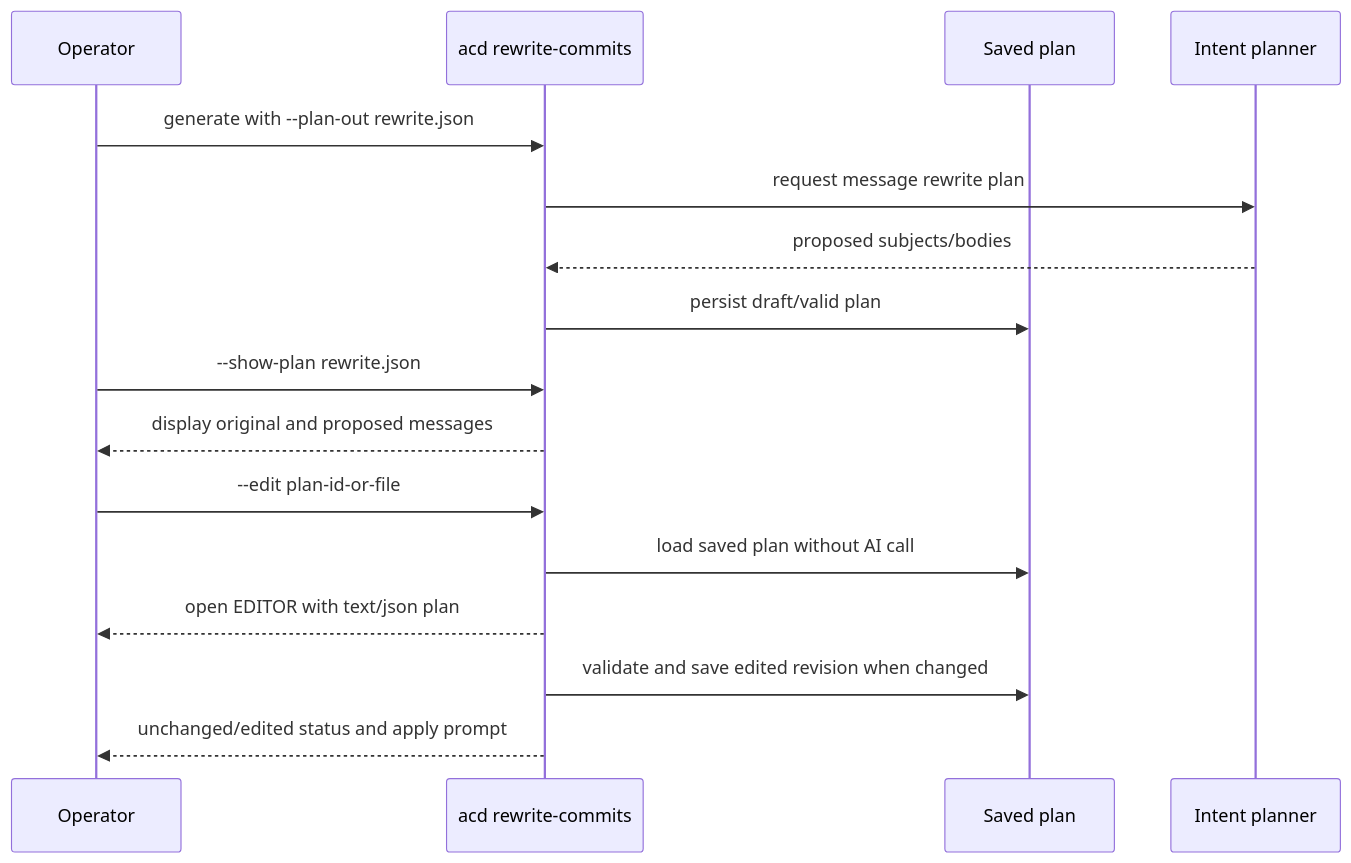
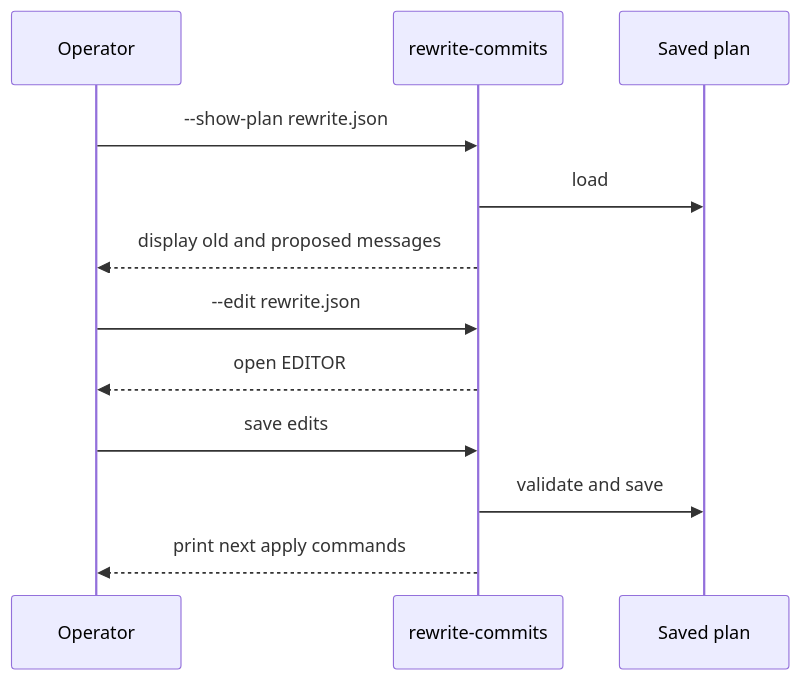
Before and after one commit to KristjanPikhof/Auto-Commit-Daemon: the second of 3 diagrams in docs/intent-commit-rewrite-flow.md, drawn with Mermaid. The commit also changed other lines of this file and 4 other files, not shown here.

```diff
--- a/docs/intent-commit-rewrite-flow.md
+++ b/docs/intent-commit-rewrite-flow.md
@@ -85,19 +69,15 @@
 ~~~mermaid
 sequenceDiagram
   participant O as Operator
-  participant CLI as acd rewrite-commits
+  participant CLI as rewrite-commits
   participant Plan as Saved plan
-  participant AI as Intent planner
 
-  O->>CLI: generate with --plan-out rewrite.json
-  CLI->>AI: request message rewrite plan
-  AI-->>CLI: proposed subjects/bodies
-  CLI->>Plan: persist draft/valid plan
   O->>CLI: --show-plan rewrite.json
-  CLI-->>O: display original and proposed messages
-  O->>CLI: --edit plan-id-or-file
-  CLI->>Plan: load saved plan without AI call
-  CLI-->>O: open EDITOR with text/json plan
-  CLI->>Plan: validate and save edited revision when changed
-  CLI-->>O: unchanged/edited status and apply prompt
+  CLI->>Plan: load
+  CLI-->>O: display old and proposed messages
+  O->>CLI: --edit rewrite.json
+  CLI-->>O: open EDITOR
+  O->>CLI: save edits
+  CLI->>Plan: validate and save
+  CLI-->>O: print next apply commands
 ~~~
```
